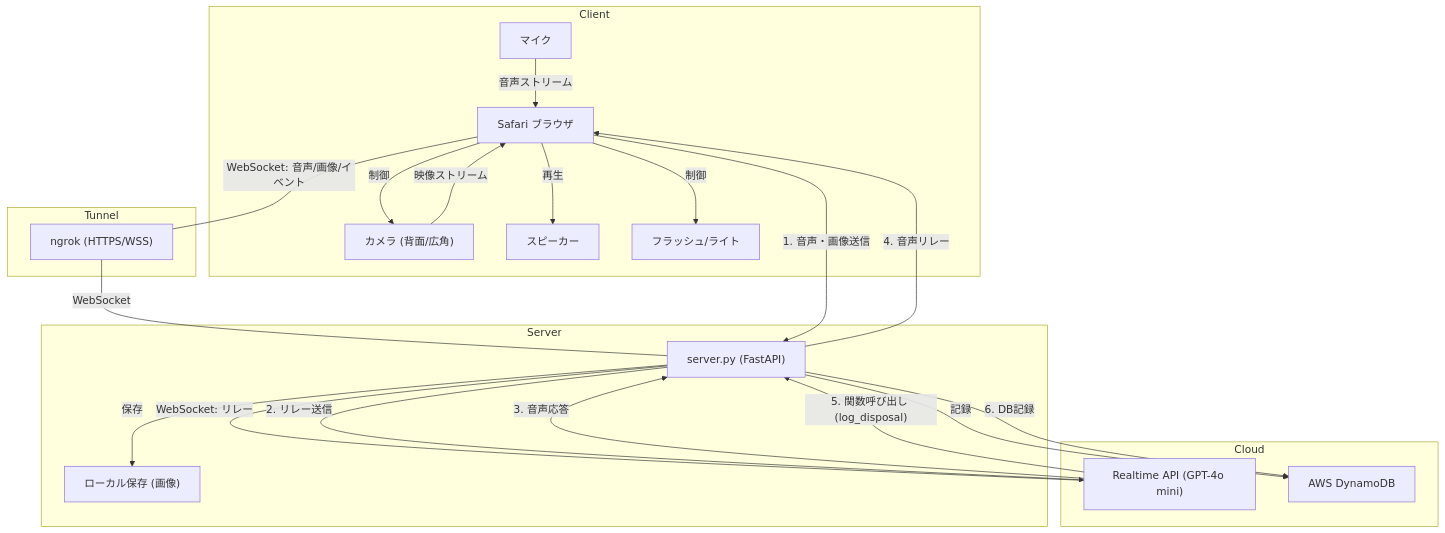
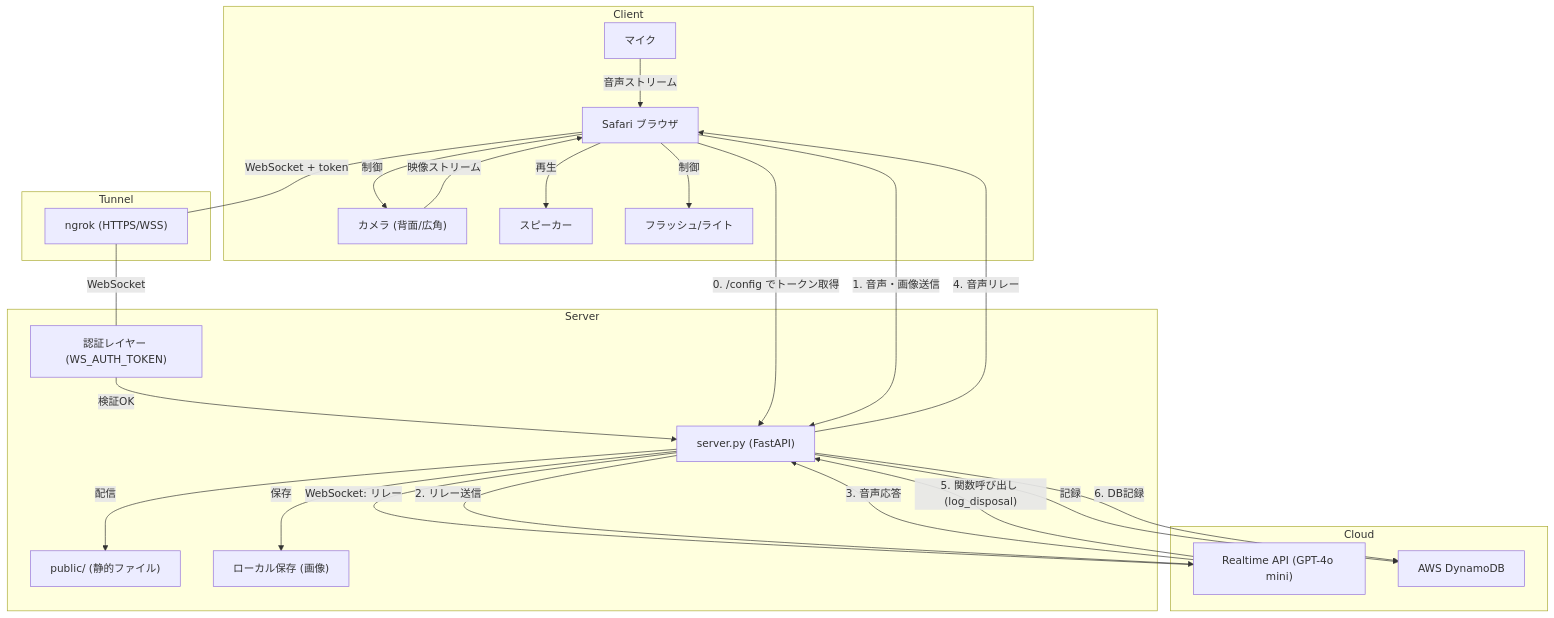
Before and after one commit to yamayuu18/wackathon-2025: the diagram in doc/system_architecture.md, drawn with Mermaid. The commit also changed other lines of this file and 7 other files, not shown here.

````diff
--- a/doc/system_architecture.md
+++ b/doc/system_architecture.md
@@ -9,49 +9,56 @@
 ```mermaid
 graph TD
     subgraph Client
         Browser["Safari ブラウザ"]
         Camera["カメラ (背面/広角)"]
         Mic["マイク"]
         Speaker["スピーカー"]
         Flash["フラッシュ/ライト"]
-        
+
         Browser -->|制御| Camera
         Browser -->|制御| Flash
         Camera -->|映像ストリーム| Browser
         Mic -->|音声ストリーム| Browser
     end
 
     subgraph Tunnel
         Ngrok["ngrok (HTTPS/WSS)"]
     end
 
     subgraph Server
+        Auth["認証レイヤー (WS_AUTH_TOKEN)"]
         FastAPI["server.py (FastAPI)"]
+        Static["public/ (静的ファイル)"]
         FileSystem["ローカル保存 (画像)"]
-        
+
+        Auth -->|検証OK| FastAPI
+        FastAPI -->|配信| Static
         FastAPI -->|保存| FileSystem
     end
 
     subgraph Cloud
         RealtimeAPI["Realtime API (GPT-4o mini)"]
         DynamoDB["AWS DynamoDB"]
-        
+
         FastAPI -->|記録| DynamoDB
     end
 
+    %% 認証フロー
+    Browser -- "0. /config でトークン取得" --> FastAPI
+    Browser ---|WebSocket + token| Ngrok
+    Ngrok ---|WebSocket| Auth
+
     %% データフロー
-    Browser ---|WebSocket: 音声/画像/イベント| Ngrok
-    Ngrok ---|WebSocket| FastAPI
     FastAPI ---|WebSocket: リレー| RealtimeAPI
 
     %% 詳細なやり取り
     Browser -- "1. 音声・画像送信" --> FastAPI
     FastAPI -- "2. リレー送信" --> RealtimeAPI
     RealtimeAPI -- "3. 音声応答" --> FastAPI
     FastAPI -- "4. 音声リレー" --> Browser
     Browser -->|再生| Speaker
 
     %% Function Calling
     RealtimeAPI -- "5. 関数呼び出し (log_disposal)" --> FastAPI
     FastAPI -- "6. DB記録" --> DynamoDB
 ```
````
